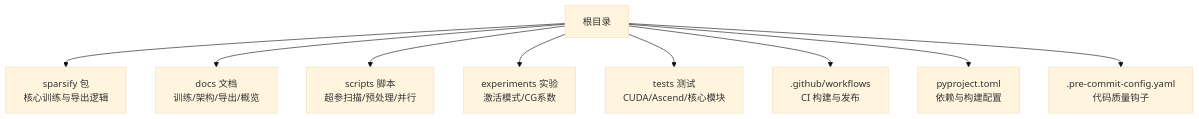
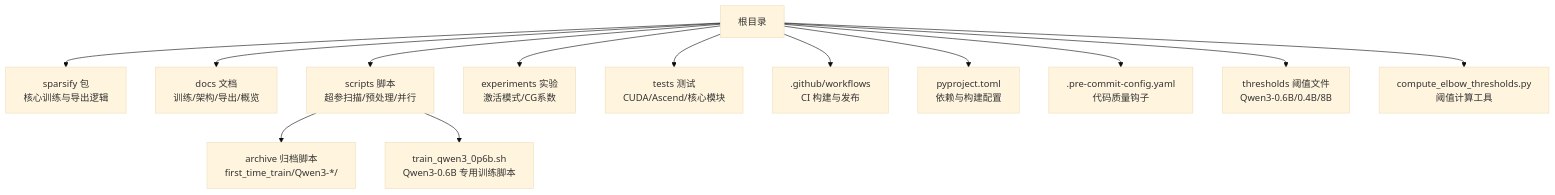
Before and after one commit to duanzhaol/sparsify: the first of 4 diagrams in .qoder/repowiki/zh/content/开发者指南/开发者指南.md, drawn with Mermaid (base theme). The commit also changed other lines of this file and 3 other files, not shown here.

````diff
--- a/.qoder/repowiki/zh/content/开发者指南/开发者指南.md
+++ b/.qoder/repowiki/zh/content/开发者指南/开发者指南.md
@@ -43,11 +59,15 @@
 ```mermaid
 graph TB
 A["根目录"] --> B["sparsify 包<br/>核心训练与导出逻辑"]
 A --> C["docs 文档<br/>训练/架构/导出/概览"]
 A --> D["scripts 脚本<br/>超参扫描/预处理/并行"]
+D --> D1["archive 归档脚本<br/>first_time_train/Qwen3-*/"]
+D --> D2["train_qwen3_0p6b.sh<br/>Qwen3-0.6B 专用训练脚本"]
 A --> E["experiments 实验<br/>激活模式/CG系数"]
 A --> F["tests 测试<br/>CUDA/Ascend/核心模块"]
 A --> G[".github/workflows<br/>CI 构建与发布"]
 A --> H["pyproject.toml<br/>依赖与构建配置"]
 A --> I[".pre-commit-config.yaml<br/>代码质量钩子"]
+A --> J["thresholds 阈值文件<br/>Qwen3-0.6B/0.4B/8B"]
+A --> K["compute_elbow_thresholds.py<br/>阈值计算工具"]
 ```
````
